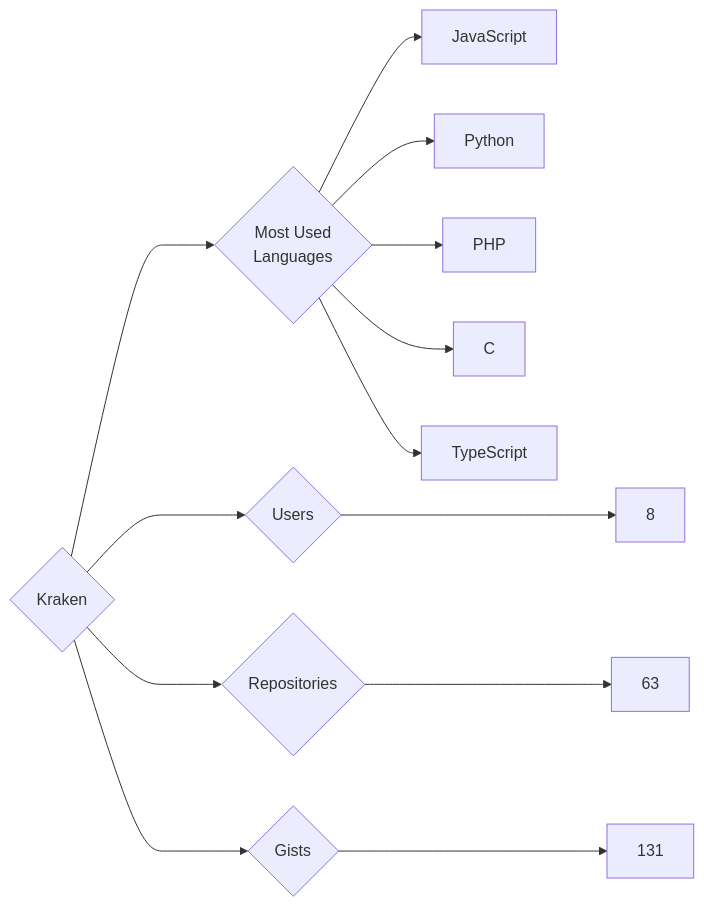
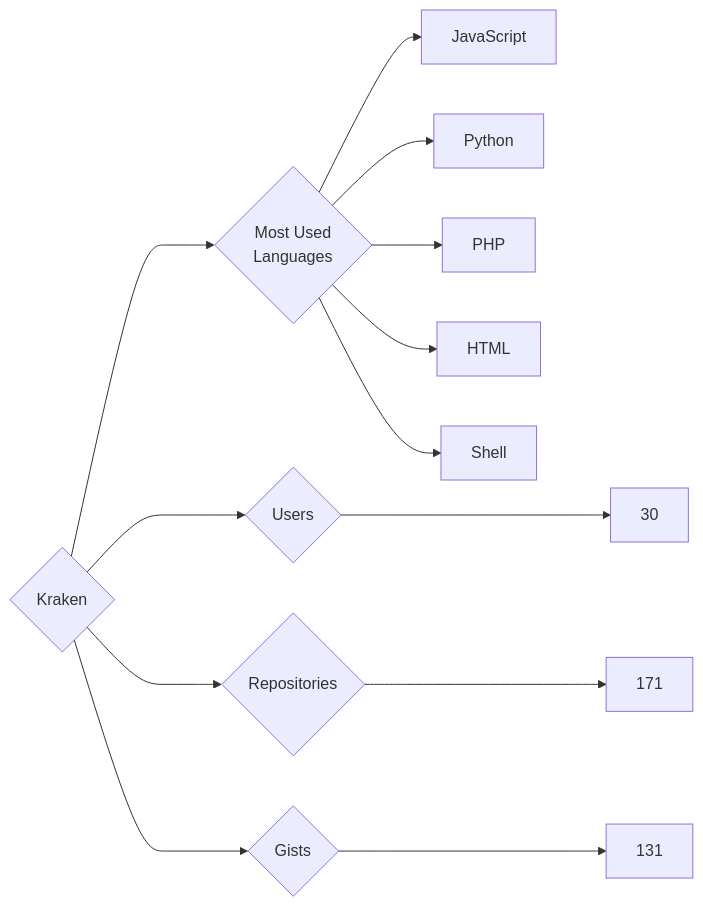
Before and after one commit to trickest/insiders: the diagram in targets/Kraken/README.md, drawn with Mermaid. The commit also changed 847 other files, not shown here.

````diff
--- a/targets/Kraken/README.md
+++ b/targets/Kraken/README.md
@@ -3,13 +3,13 @@
 ```mermaid
 graph LR
 COMPANY_NAME{Kraken}
-COMPANY_NAME ---> U{Users} ---> UN[8]
-COMPANY_NAME ---> R{Repositories} ---> RN[63]
+COMPANY_NAME ---> U{Users} ---> UN[30]
+COMPANY_NAME ---> R{Repositories} ---> RN[171]
 COMPANY_NAME ---> G{Gists} ---> GN[131]
 COMPANY_NAME ---> ML{Most Used<br>Languages}
 ML --> JavaScript[JavaScript]
 ML --> Python[Python]
 ML --> PHP[PHP]
-ML --> C[C]
-ML --> TypeScript[TypeScript]
+ML --> HTML[HTML]
+ML --> Shell[Shell]
 ```
````
